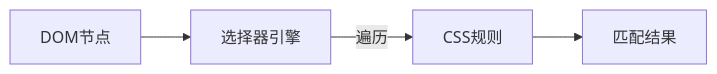
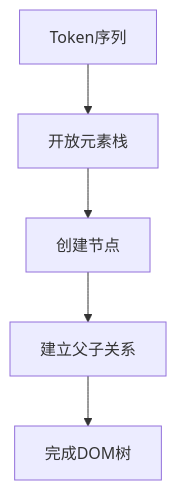
Before and after one commit to jianhua1996/vitepress-blog: the third of 9 diagrams in posts/浏览器渲染原理（一）.md, drawn with Mermaid. The commit also changed other lines of this file, not shown here.

````diff
--- a/posts/浏览器渲染原理（一）.md
+++ b/posts/浏览器渲染原理（一）.md
@@ -208,7 +130,7 @@
 ```mermaid
-flowchart LR
-    D[DOM节点] --> S[选择器引擎]
-    S -->|遍历| R[CSS规则]
-    R --> M[匹配结果]
-
+   flowchart TB
+   T[Token序列] --> P[开放元素栈]
+   P --> N[创建节点]
+   N --> R[建立父子关系]
+   R --> D[完成DOM树]
 ```
````
